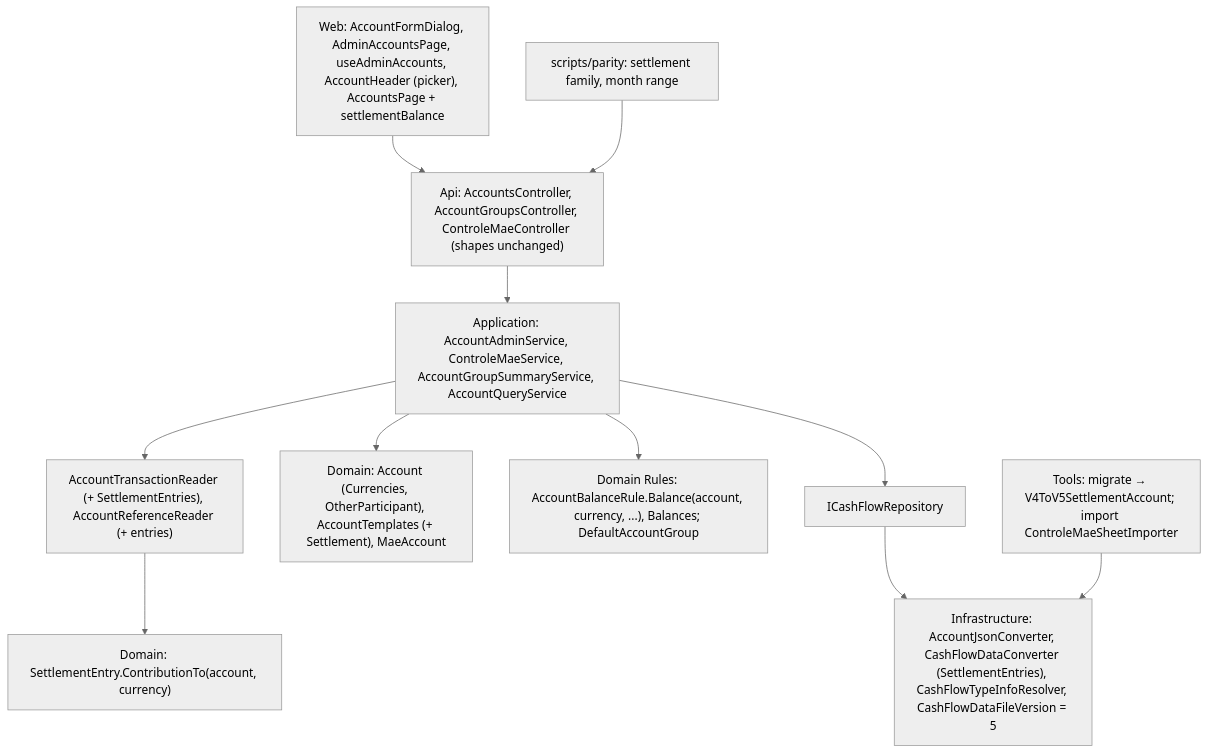
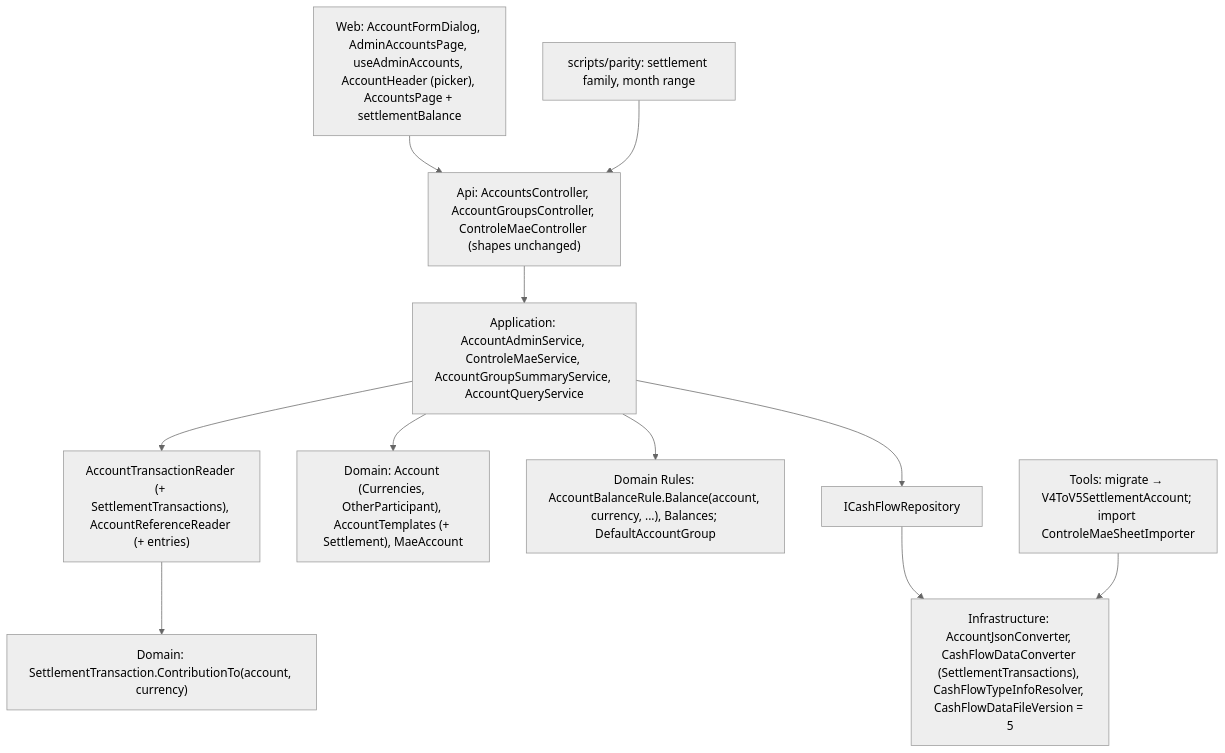
One commit to ggibellato/Financial changed the diagram in docs/prd/P60-prd-cashflow-accounts-generalization/features/P60-F11-settlement-template-and-mae-migration/spec.md. Above: the diagram before and after it, drawn with Mermaid (neutral theme). The commit also changed other lines of this file and 1 other file, not shown here.

First line of the commit message:
docs(P60-F11): name the Settlement record SettlementTransaction in the spec and plan

````diff
--- a/docs/prd/P60-prd-cashflow-accounts-generalization/features/P60-F11-settlement-template-and-mae-migration/spec.md
+++ b/docs/prd/P60-prd-cashflow-accounts-generalization/features/P60-F11-settlement-template-and-mae-migration/spec.md
@@ -66,13 +66,13 @@
 ```mermaid
 graph TD
     W["Web: AccountFormDialog, AdminAccountsPage, useAdminAccounts, AccountHeader (picker), AccountsPage + settlementBalance"] --> A["Api: AccountsController, AccountGroupsController, ControleMaeController (shapes unchanged)"]
     A --> S["Application: AccountAdminService, ControleMaeService, AccountGroupSummaryService, AccountQueryService"]
-    S --> R["AccountTransactionReader (+ SettlementEntries), AccountReferenceReader (+ entries)"]
+    S --> R["AccountTransactionReader (+ SettlementTransactions), AccountReferenceReader (+ entries)"]
     S --> D["Domain: Account (Currencies, OtherParticipant), AccountTemplates (+ Settlement), MaeAccount"]
-    R --> E["Domain: SettlementEntry.ContributionTo(account, currency)"]
+    R --> E["Domain: SettlementTransaction.ContributionTo(account, currency)"]
     S --> B["Domain Rules: AccountBalanceRule.Balance(account, currency, ...), Balances; DefaultAccountGroup"]
     S --> P["ICashFlowRepository"]
-    P --> I["Infrastructure: AccountJsonConverter, CashFlowDataConverter (SettlementEntries), CashFlowTypeInfoResolver, CashFlowDataFileVersion = 5"]
+    P --> I["Infrastructure: AccountJsonConverter, CashFlowDataConverter (SettlementTransactions), CashFlowTypeInfoResolver, CashFlowDataFileVersion = 5"]
     T["Tools: migrate → V4ToV5SettlementAccount; import ControleMaeSheetImporter"] --> I
     X["scripts/parity: settlement family, month range"] --> A
 ```
````
